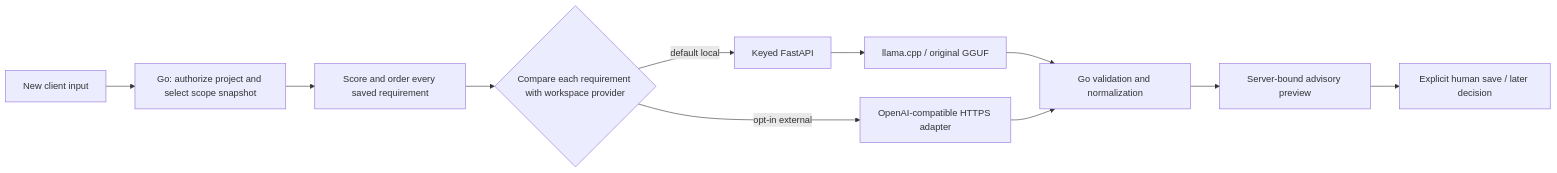
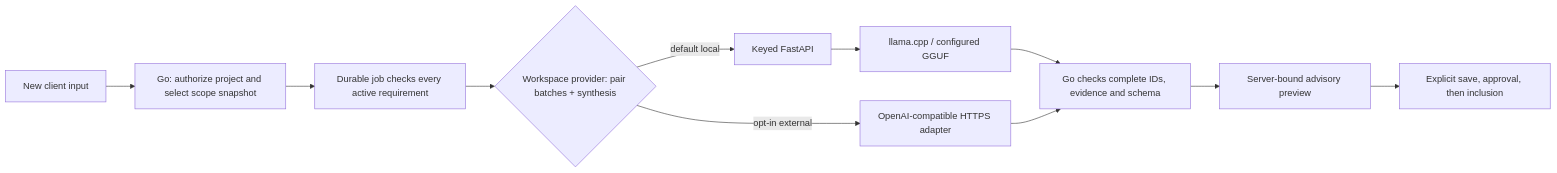
Before and after one commit to muneeb-anjum0/Drift: the diagram in docs/model-and-providers.md, drawn with Mermaid. The commit also changed other lines of this file and 58 other files, not shown here.

````diff
--- a/docs/model-and-providers.md
+++ b/docs/model-and-providers.md
@@ -5,13 +5,13 @@
 ```mermaid
 flowchart LR
   Input[New client input] --> Go[Go: authorize project and select scope snapshot]
-  Go --> Retrieval[Score and order every saved requirement]
-  Retrieval --> Provider{Compare each requirement with workspace provider}
+  Go --> Job[Durable job checks every active requirement]
+  Job --> Provider{Workspace provider: pair batches + synthesis}
   Provider -->|default local| FastAPI[Keyed FastAPI]
-  FastAPI --> Llama[llama.cpp / original GGUF]
+  FastAPI --> Llama[llama.cpp / configured GGUF]
   Provider -->|opt-in external| HTTPS[OpenAI-compatible HTTPS adapter]
-  Llama --> Normalize[Go validation and normalization]
-  HTTPS --> Normalize
-  Normalize --> Preview[Server-bound advisory preview]
-  Preview --> Human[Explicit human save / later decision]
+  Llama --> Validate[Go checks complete IDs, evidence and schema]
+  HTTPS --> Validate
+  Validate --> Preview[Server-bound advisory preview]
+  Preview --> Human[Explicit save, approval, then inclusion]
 ```
````
